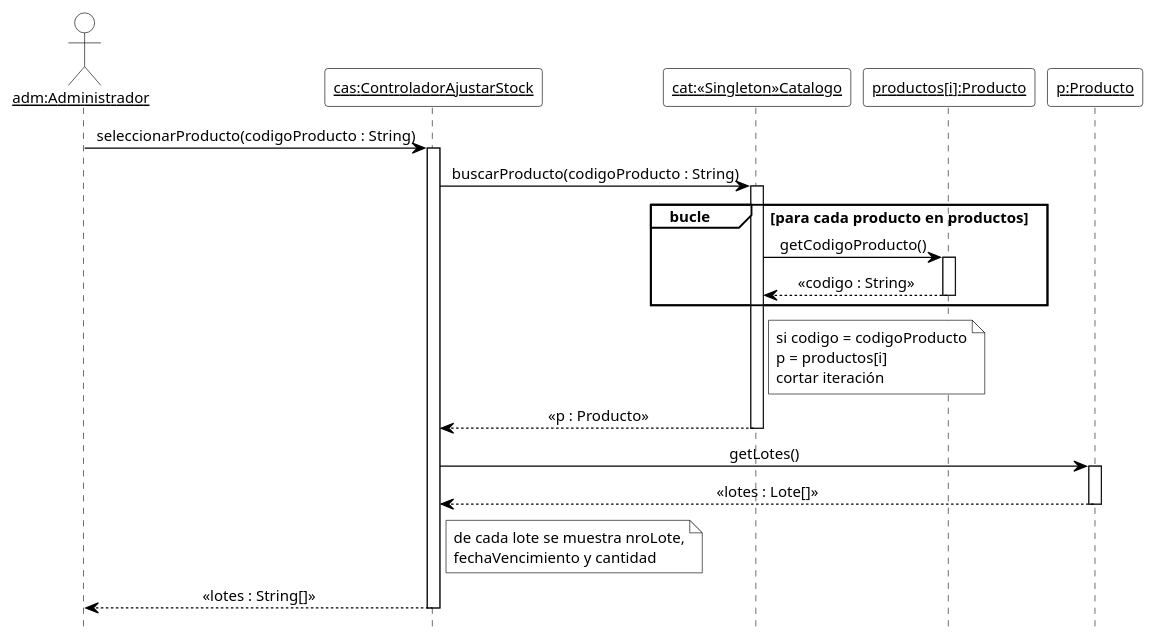
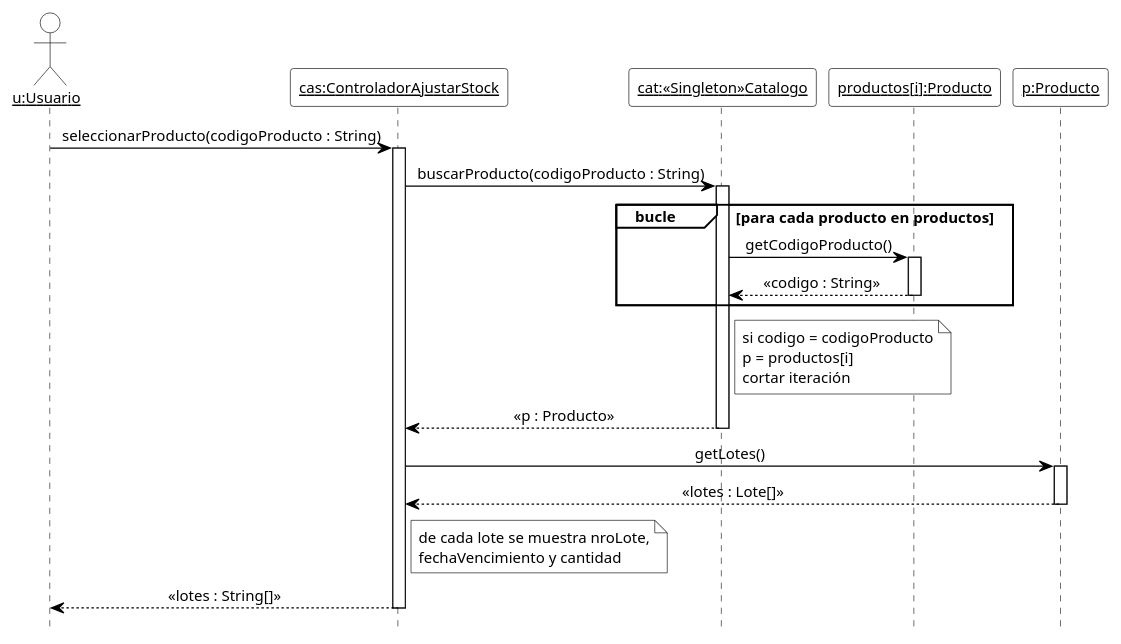
Diagram 12 of 18 in 08-Diagrama De Secuencia/Diagramas_de_Secuencia.md (cirotop/Stock-Project), drawn with PlantUML before and after one commit. The commit also changed other lines of this file and 36 other files, not shown here.

````diff
--- a/08-Diagrama De Secuencia/Diagramas_de_Secuencia.md
+++ b/08-Diagrama De Secuencia/Diagramas_de_Secuencia.md
@@ -808,49 +808,49 @@
 ```plantuml
 @startuml DSD_CU-06_seleccionarProducto
 ' Diagrama de Secuencia de Diseño (DSD) - CU-06 Ajustar stock - seleccionarProducto
 ' Estilo de los ejemplos de la teoría (introducirArticulo / crearNuevaVenta).
 hide footbox
 skinparam shadowing false
 skinparam defaultFontName Arial
 skinparam defaultFontSize 12
 skinparam sequenceMessageAlign center
 skinparam ArrowColor black
 skinparam ParticipantBackgroundColor white
 skinparam ParticipantBorderColor black
 skinparam CollectionsBackgroundColor white
 skinparam CollectionsBorderColor black
 skinparam ActorBackgroundColor white
 skinparam ActorBorderColor black
 skinparam LifeLineBorderColor black
 skinparam LifeLineBackgroundColor white
 skinparam SequenceGroupBackgroundColor white
 skinparam SequenceGroupBorderColor black
 skinparam SequenceGroupHeaderFontColor black
 skinparam NoteBackgroundColor white
 skinparam NoteBorderColor black
 
-actor "<u>adm:Administrador</u>" as adm
+actor "<u>u:Usuario</u>" as u
 participant "<u>cas:ControladorAjustarStock</u>" as cas
 participant "<u>cat:«Singleton»Catalogo</u>" as cat
 participant "<u>productos[i]:Producto</u>" as pi
 participant "<u>p:Producto</u>" as p
 
-adm -> cas ++ : seleccionarProducto(codigoProducto : String)
+u -> cas ++ : seleccionarProducto(codigoProducto : String)
 cas -> cat ++ : buscarProducto(codigoProducto : String)
 group bucle [para cada producto en productos]
   cat -> pi ++ : getCodigoProducto()
   pi --> cat -- : «codigo : String»
 end
 note right of cat
   si codigo = codigoProducto
   p = productos[i]
   cortar iteración
 end note
 cat --> cas -- : «p : Producto»
 cas -> p ++ : getLotes()
 p --> cas -- : «lotes : Lote[]»
 note right of cas : de cada lote se muestra nroLote,\nfechaVencimiento y cantidad
-cas --> adm -- : «lotes : String[]»
+cas --> u -- : «lotes : String[]»
 
 @enduml
 ```
````
